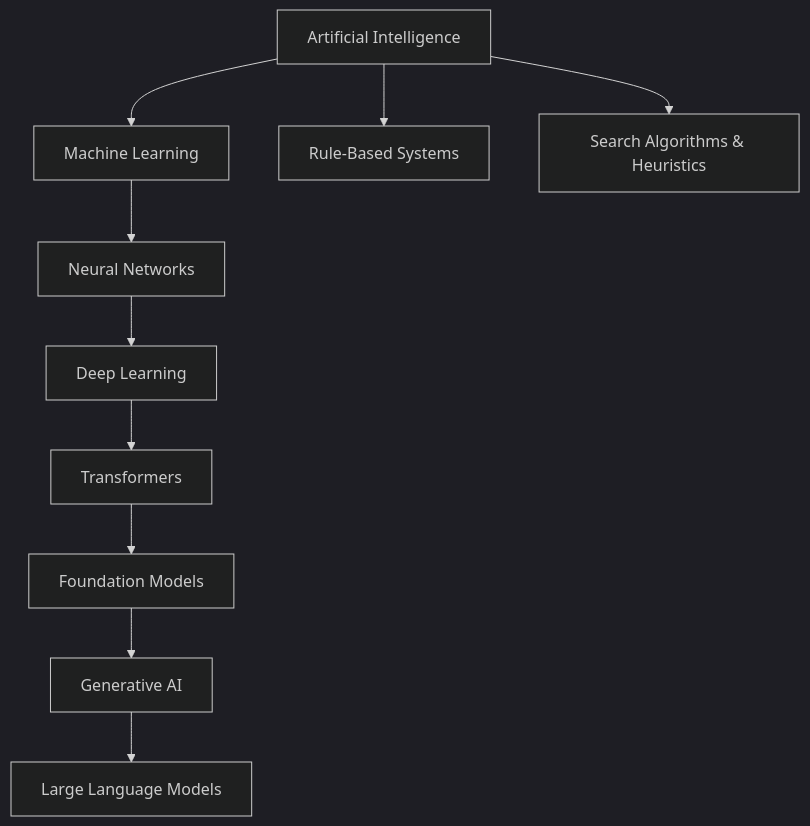
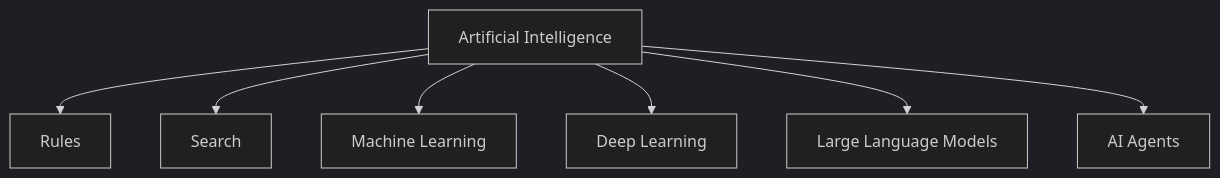
Before and after one commit to rohanhrk/data-engineering-notes-2026: the third of 31 diagrams in Module_07-AI Fundamentals For DE/Class 1 - AI Fundamentals/AI_Fundamentals_For_Data_Engineering.md, drawn with Mermaid (dark theme). The commit also changed other lines of this file and 3 other files, not shown here.

````diff
--- a/Module_07-AI Fundamentals For DE/Class 1 - AI Fundamentals/AI_Fundamentals_For_Data_Engineering.md
+++ b/Module_07-AI Fundamentals For DE/Class 1 - AI Fundamentals/AI_Fundamentals_For_Data_Engineering.md
@@ -122,14 +140,10 @@
-```mermaid
+``` mermaid
 flowchart TD
     AI[Artificial Intelligence]
+    AI --> Rules[Rules]
+    AI --> Search[Search]
     AI --> ML[Machine Learning]
-    AI --> Rules[Rule-Based Systems]
-    AI --> Search[Search Algorithms & Heuristics]
-    
-    ML --> NN[Neural Networks]
-    NN --> DL[Deep Learning]
-    DL --> Trans[Transformers]
-    Trans --> FM[Foundation Models]
-    FM --> GenAI[Generative AI]
-    GenAI --> LLM[Large Language Models]
+    AI --> DL[Deep Learning]
+    AI --> LLM[Large Language Models]
+    AI --> Agents[AI Agents]
 ```
````
